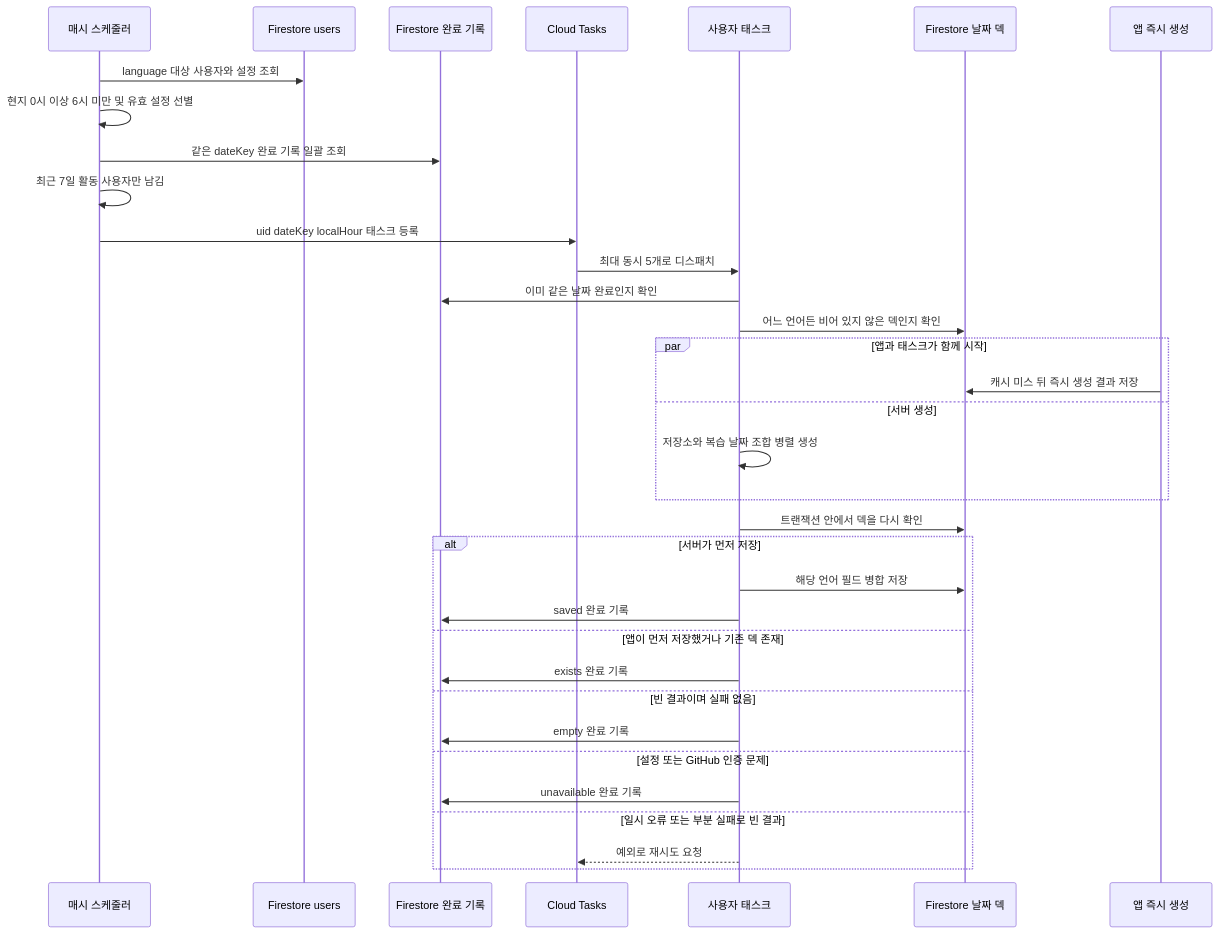
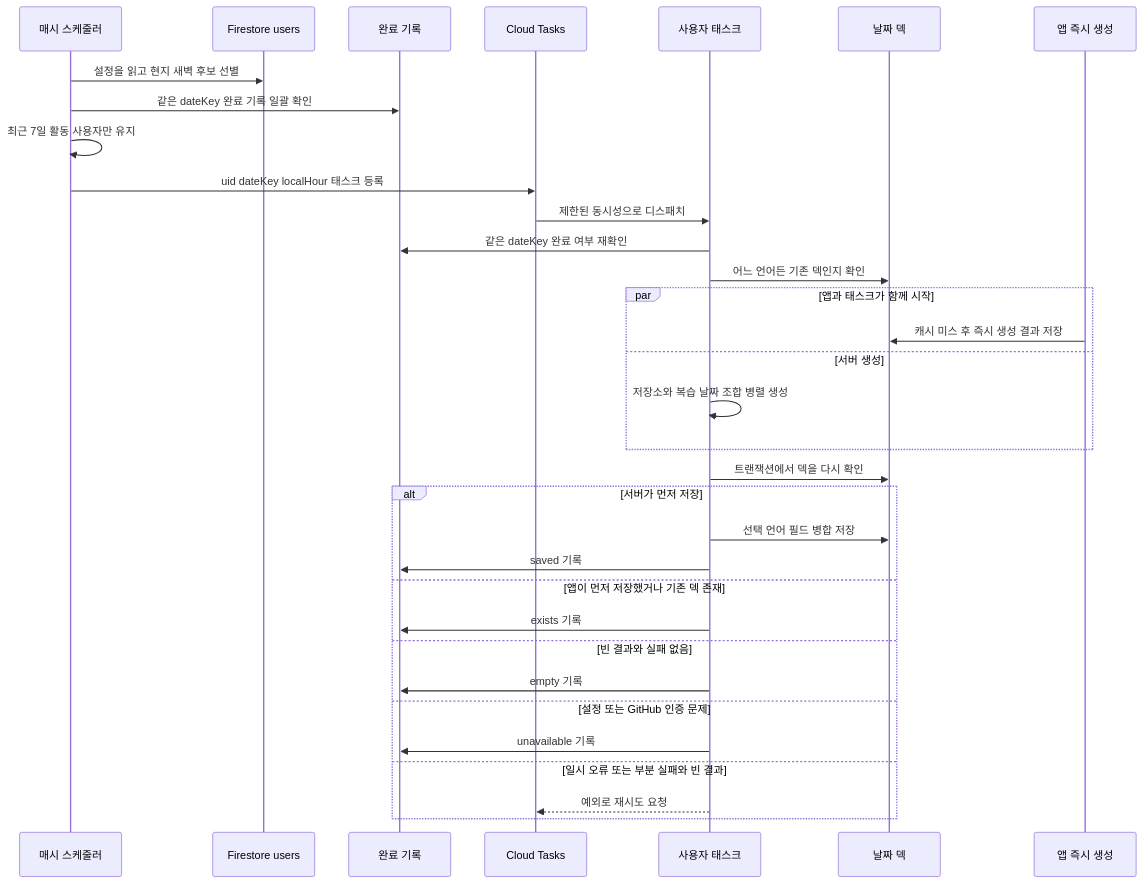
Before and after one commit to chucoding/code-recall: the diagram in openwiki/flashcard/pregeneration.md, drawn with Mermaid. The commit also changed other lines of this file and 25 other files, not shown here.

````diff
--- a/openwiki/flashcard/pregeneration.md
+++ b/openwiki/flashcard/pregeneration.md
@@ -35,37 +37,36 @@
 ```mermaid
 sequenceDiagram
   participant Scheduler as 매시 스케줄러
   participant Users as Firestore users
-  participant Status as Firestore 완료 기록
+  participant Status as 완료 기록
   participant Queue as Cloud Tasks
   participant Task as 사용자 태스크
-  participant Deck as Firestore 날짜 덱
+  participant Deck as 날짜 덱
   participant App as 앱 즉시 생성
 
-  Scheduler->>Users: language 대상 사용자와 설정 조회
-  Scheduler->>Scheduler: 현지 0시 이상 6시 미만 및 유효 설정 선별
-  Scheduler->>Status: 같은 dateKey 완료 기록 일괄 조회
-  Scheduler->>Scheduler: 최근 7일 활동 사용자만 남김
+  Scheduler->>Users: 설정을 읽고 현지 새벽 후보 선별
+  Scheduler->>Status: 같은 dateKey 완료 기록 일괄 확인
+  Scheduler->>Scheduler: 최근 7일 활동 사용자만 유지
   Scheduler->>Queue: uid dateKey localHour 태스크 등록
-  Queue->>Task: 최대 동시 5개로 디스패치
-  Task->>Status: 이미 같은 날짜 완료인지 확인
-  Task->>Deck: 어느 언어든 비어 있지 않은 덱인지 확인
+  Queue->>Task: 제한된 동시성으로 디스패치
+  Task->>Status: 같은 dateKey 완료 여부 재확인
+  Task->>Deck: 어느 언어든 기존 덱인지 확인
   par 앱과 태스크가 함께 시작
-    App->>Deck: 캐시 미스 뒤 즉시 생성 결과 저장
+    App->>Deck: 캐시 미스 후 즉시 생성 결과 저장
   and 서버 생성
     Task->>Task: 저장소와 복습 날짜 조합 병렬 생성
   end
-  Task->>Deck: 트랜잭션 안에서 덱을 다시 확인
+  Task->>Deck: 트랜잭션에서 덱을 다시 확인
   alt 서버가 먼저 저장
-    Task->>Deck: 해당 언어 필드 병합 저장
-    Task->>Status: saved 완료 기록
+    Task->>Deck: 선택 언어 필드 병합 저장
+    Task->>Status: saved 기록
   else 앱이 먼저 저장했거나 기존 덱 존재
-    Task->>Status: exists 완료 기록
-  else 빈 결과이며 실패 없음
-    Task->>Status: empty 완료 기록
+    Task->>Status: exists 기록
+  else 빈 결과와 실패 없음
+    Task->>Status: empty 기록
   else 설정 또는 GitHub 인증 문제
-    Task->>Status: unavailable 완료 기록
-  else 일시 오류 또는 부분 실패로 빈 결과
+    Task->>Status: unavailable 기록
+  else 일시 오류 또는 부분 실패와 빈 결과
     Task-->>Queue: 예외로 재시도 요청
   end
 ```
````
